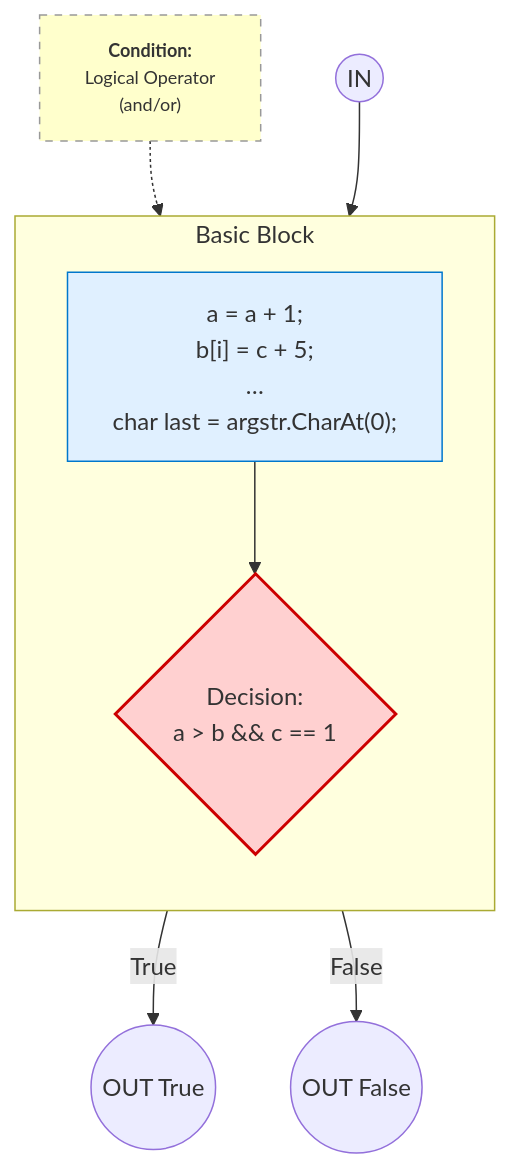
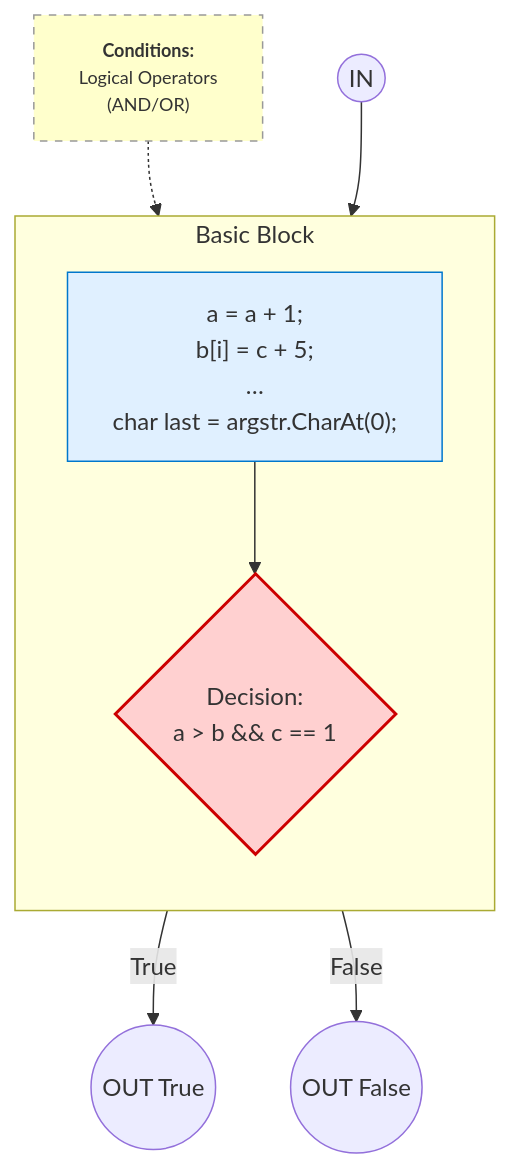
Before and after one commit to msdbok/msdbok.github.io: the first of 2 diagrams in content/verif/coverage/terminology.md, drawn with Mermaid. The commit also changed 1 other file, not shown here.

````diff
--- a/content/verif/coverage/terminology.md
+++ b/content/verif/coverage/terminology.md
@@ -13,33 +13,33 @@
 ```mermaid
 flowchart TD
   %% Nodes
   Entry(("IN"))
   OutT(("OUT True"))
   OutF(("OUT False"))
-  Note["<b>Condition:</b><br/>Logical Operator<br/>(and/or)"]
+  Note["<b>Conditions:</b><br/>Logical Operators<br/>(AND/OR)"]
 
   %% Subgraph for a Basic Block
   subgraph BB["Basic Block"]
     direction TB
     STMS["a = a + 1;<br/>b[i] = c + 5;<br/>…<br/>char last = argstr.CharAt(0);"]
     DEC{"Decision:<br/>a > b && c == 1"}
   end
 
   %% Control Flow
   Entry --> BB
   %% BB --> STMS
   STMS --> DEC
   DEC -->|True| OutT
   DEC -->|False| OutF
 
   %% Simulated Note
   Note -.-> DEC
 
   %% Styling
   style STMS fill:#e0f0ff,stroke:#0077cc
   style DEC  fill:#ffd0d0,stroke:#cc0000,stroke-width:2px
   style Note fill:#ffffcc,stroke:#999,stroke-dasharray: 5 5,font-size:12px
 
 
 
 ```
````
